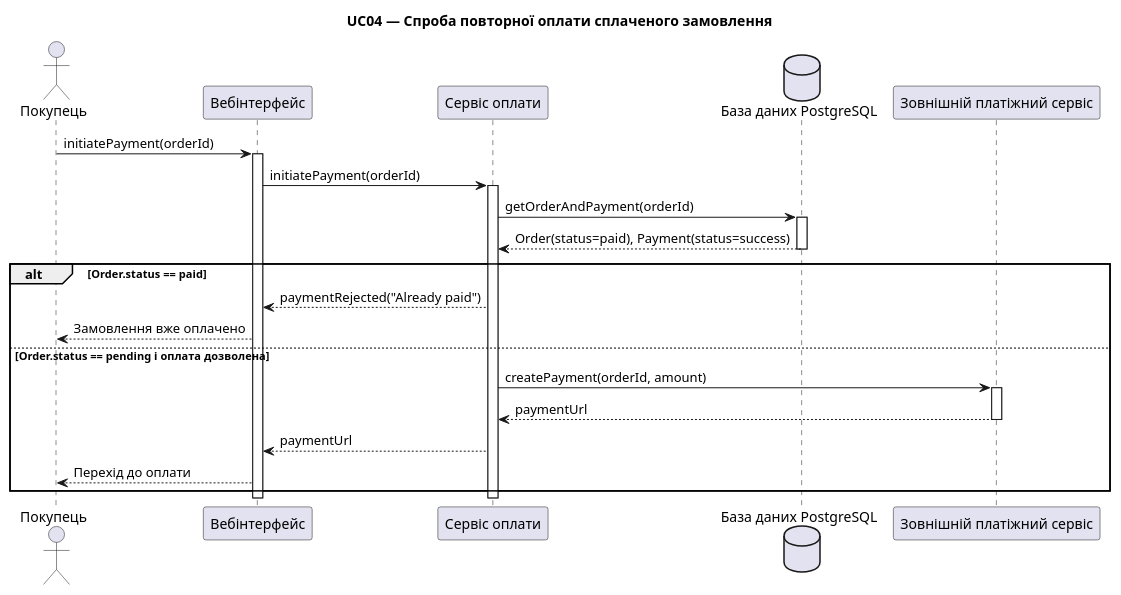
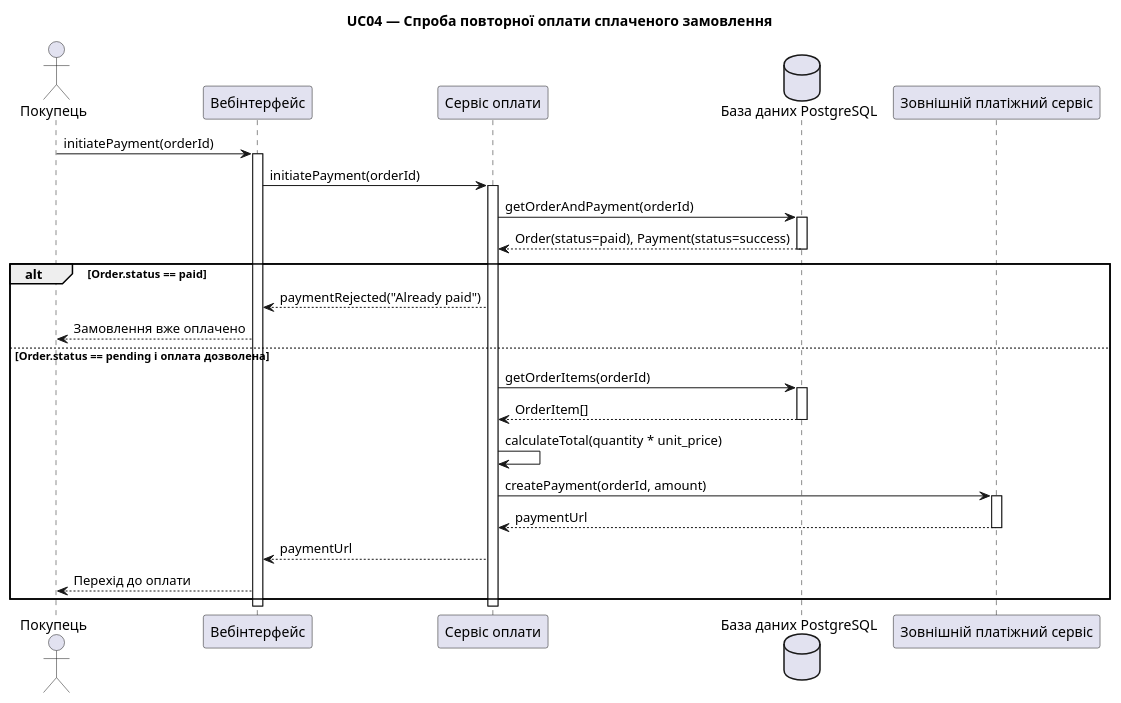
Before and after one commit to fiodm/-ER-: the diagram in lab-3/sequence-05.puml, drawn with PlantUML.

```diff
--- a/lab-3/sequence-05.puml
+++ b/lab-3/sequence-05.puml
@@ -2,37 +2,42 @@
 @startuml
 title UC04 — Спроба повторної оплати сплаченого замовлення
 
 actor "Покупець" as Customer
 participant "Вебінтерфейс" as UI
 participant "Сервіс оплати" as PaymentService
 database "База даних PostgreSQL" as DB
 participant "Зовнішній платіжний сервіс" as Gateway
 
 Customer -> UI: initiatePayment(orderId)
 activate UI
 
 UI -> PaymentService: initiatePayment(orderId)
 activate PaymentService
 
 PaymentService -> DB: getOrderAndPayment(orderId)
 activate DB
 DB --> PaymentService: Order(status=paid), Payment(status=success)
 deactivate DB
 
 alt Order.status == paid
     PaymentService --> UI: paymentRejected("Already paid")
     UI --> Customer: Замовлення вже оплачено
 else Order.status == pending і оплата дозволена
+    PaymentService -> DB: getOrderItems(orderId)
+    activate DB
+    DB --> PaymentService: OrderItem[]
+    deactivate DB
+    PaymentService -> PaymentService: calculateTotal(quantity * unit_price)
     PaymentService -> Gateway: createPayment(orderId, amount)
     activate Gateway
     Gateway --> PaymentService: paymentUrl
     deactivate Gateway
 
     PaymentService --> UI: paymentUrl
     UI --> Customer: Перехід до оплати
 end
 
 deactivate PaymentService
 deactivate UI
 
 @enduml
```
